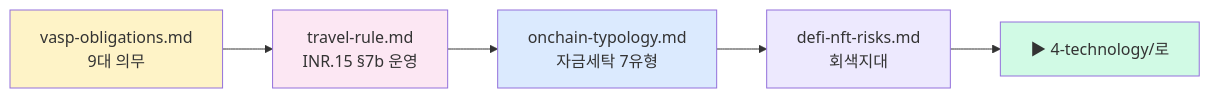
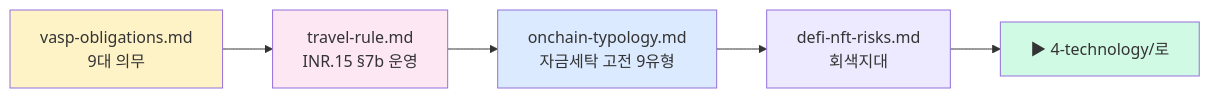
One commit to lala-david/aml-notes changed the first of 2 diagrams in notes/3-crypto-aml/README.md. Above: the diagram before and after it, drawn with Mermaid. The commit also changed 233 other files, not shown here.

````diff
--- a/notes/3-crypto-aml/README.md
+++ b/notes/3-crypto-aml/README.md
@@ -13,13 +13,13 @@
 ```mermaid
 flowchart LR
     A[vasp-obligations.md<br/>9대 의무] --> B[travel-rule.md<br/>INR.15 §7b 운영]
-    B --> C[onchain-typology.md<br/>자금세탁 7유형]
+    B --> C[onchain-typology.md<br/>자금세탁 고전 9유형]
     C --> D[defi-nft-risks.md<br/>회색지대]
     D --> Next[▶ 4-technology/로]
 
     style A fill:#fef3c7
     style B fill:#fce7f3
     style C fill:#dbeafe
     style D fill:#ede9fe
     style Next fill:#d1fae5
 ```
````
